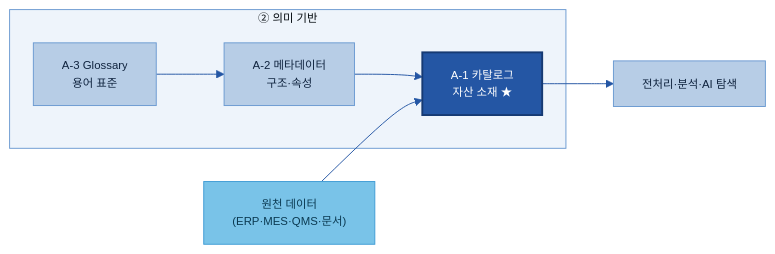
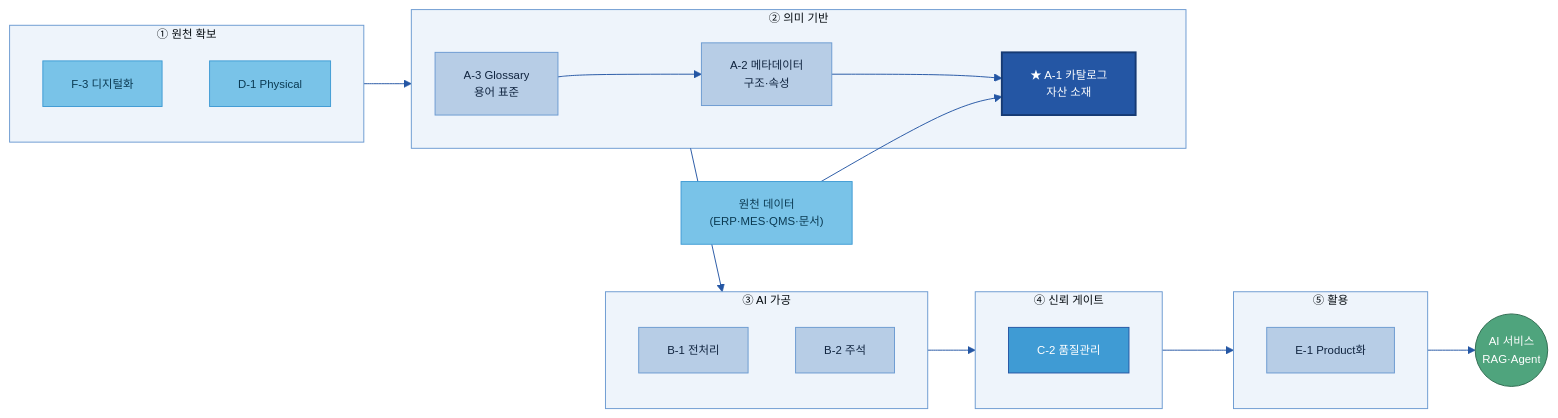
Before and after one commit to jin-kearney/ai-ready-data-manual: the first of 12 diagrams in 가이드 작성/A-1 데이터 카탈로그/A-1 데이터 카탈로그.md, drawn with Mermaid. The commit also changed other lines of this file and 6 other files, not shown here.

````diff
--- a/가이드 작성/A-1 데이터 카탈로그/A-1 데이터 카탈로그.md
+++ b/가이드 작성/A-1 데이터 카탈로그/A-1 데이터 카탈로그.md
@@ -122,12 +80,33 @@
 ```mermaid
 %%{init: {'theme':'base','themeVariables':{'primaryColor':'#DCE8F5','primaryBorderColor':'#2456A4','primaryTextColor':'#10243f','lineColor':'#2456A4','clusterBkg':'#EEF4FB','clusterBorder':'#6B9AD1','fontSize':'12px'}}}%%
 flowchart LR
+    subgraph S0["① 원천 확보"]
+        F3["F-3 디지털화"]:::src
+        D1["D-1 Physical"]:::src
+    end
     subgraph S1["② 의미 기반"]
-        A3["A-3 Glossary<br/>용어 표준"]:::n --> A2["A-2 메타데이터<br/>구조·속성"]:::n --> A1["A-1 카탈로그<br/>자산 소재 ★"]:::cat
+        A3["A-3 Glossary<br/>용어 표준"]:::n
+        A2["A-2 메타데이터<br/>구조·속성"]:::n
+        A1["★ A-1 카탈로그<br/>자산 소재"]:::cat
+        A3 --> A2 --> A1
     end
-    SRC["원천 데이터<br/>(ERP·MES·QMS·문서)"]:::src --> A1
-    A1 --> USE["전처리·분석·AI 탐색"]:::n
+    subgraph S2["③ AI 가공"]
+        B1["B-1 전처리"]:::n
+        B2["B-2 주석"]:::n
+    end
+    subgraph S3["④ 신뢰 게이트"]
+        C2["C-2 품질관리"]:::gate
+    end
+    subgraph S4["⑤ 활용"]
+        E1["E-1 Product화"]:::n
+    end
+    AI(("AI 서비스<br/>RAG·Agent")):::loop
+    SRC["원천 데이터<br/>(ERP·MES·QMS·문서)"]:::src
+    SRC --> A1
+    S0 --> S1 --> S2 --> S3 --> S4 --> AI
     classDef n fill:#B7CDE6,stroke:#6B9AD1,color:#10243f;
     classDef src fill:#79C3E8,stroke:#3F9BD4,color:#0b3a52;
     classDef cat fill:#2456A4,color:#fff,stroke:#163a73,stroke-width:2px;
+    classDef gate fill:#3F9BD4,stroke:#2456A4,color:#fff;
+    classDef loop fill:#4FA47D,stroke:#2f6b50,color:#fff;
 ```
````
